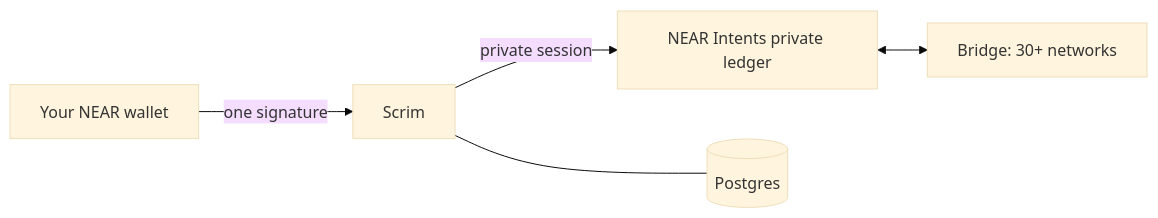
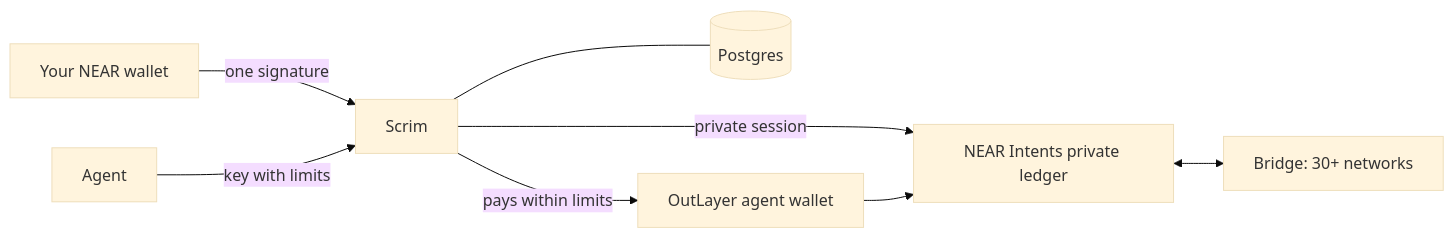
Before and after one commit to Datwebguy/scrim: the diagram in README.md, drawn with Mermaid (base theme). The commit also changed other lines of this file and 15 other files, not shown here.

````diff
--- a/README.md
+++ b/README.md
@@ -116,7 +125,10 @@
 ```mermaid
 flowchart LR
   W[Your NEAR wallet] -- one signature --> S[Scrim]
   S -- private session --> I[NEAR Intents private ledger]
   I <--> B[Bridge: 30+ networks]
   S --- D[(Postgres)]
+  A[Agent] -- key with limits --> S
+  S -- pays within limits --> O[OutLayer agent wallet]
+  O --> I
 ```
````
